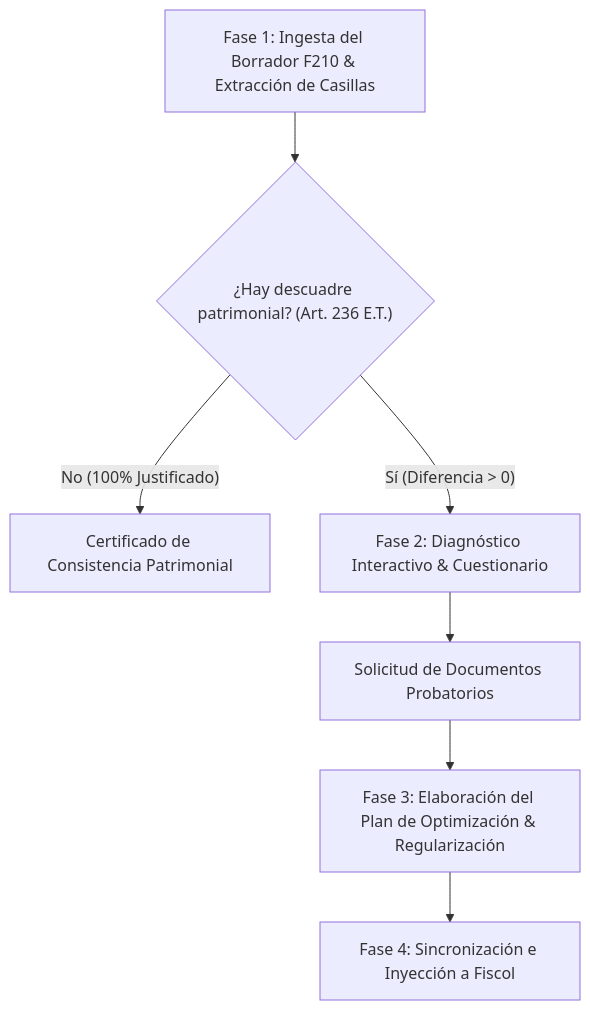
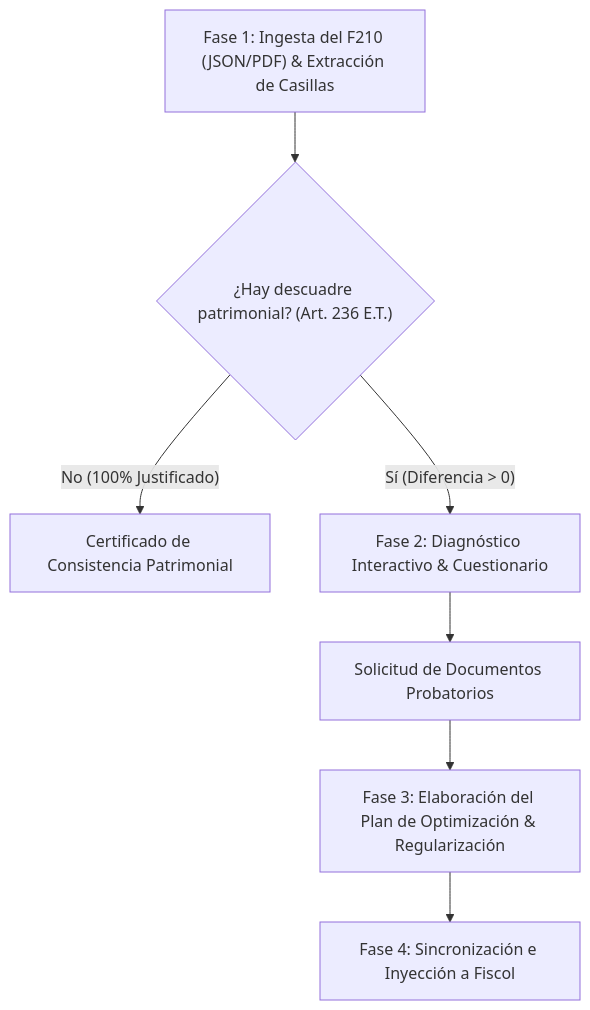
One commit to juansebashr/tribut-ia changed the diagram in skills/control-comparacion-patrimonial/SKILL.md. Above: the diagram before and after it, drawn with Mermaid. The commit also changed other lines of this file and 18 other files, not shown here.

Commit message:
feat(skill): actualizacion de reglas oficiales F210, deduccion factura electronica y soporte PDF en control-comparacion-patrimonial

````diff
--- a/skills/control-comparacion-patrimonial/SKILL.md
+++ b/skills/control-comparacion-patrimonial/SKILL.md
@@ -31,9 +52,9 @@
 ```mermaid
 flowchart TD
-    F1["Fase 1: Ingesta del Borrador F210 & Extracción de Casillas"] --> C1{"¿Hay descuadre patrimonial? (Art. 236 E.T.)"}
+    F1["Fase 1: Ingesta del F210 (JSON/PDF) & Extracción de Casillas"] --> C1{"¿Hay descuadre patrimonial? (Art. 236 E.T.)"}
     C1 -- "No (100% Justificado)" --> E1["Certificado de Consistencia Patrimonial"]
     C1 -- "Sí (Diferencia > 0)" --> F2["Fase 2: Diagnóstico Interactivo & Cuestionario"]
     F2 --> D1["Solicitud de Documentos Probatorios"]
     D1 --> F3["Fase 3: Elaboración del Plan de Optimización & Regularización"]
     F3 --> F4["Fase 4: Sincronización e Inyección a Fiscol"]
 ```
````
